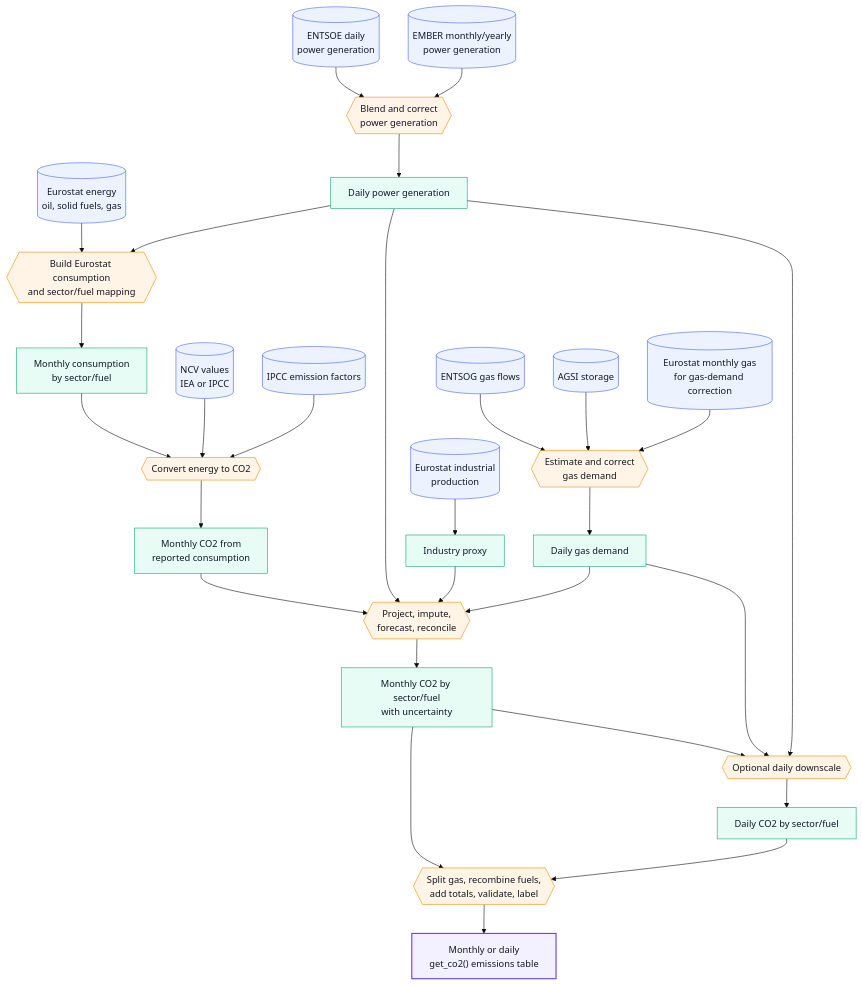
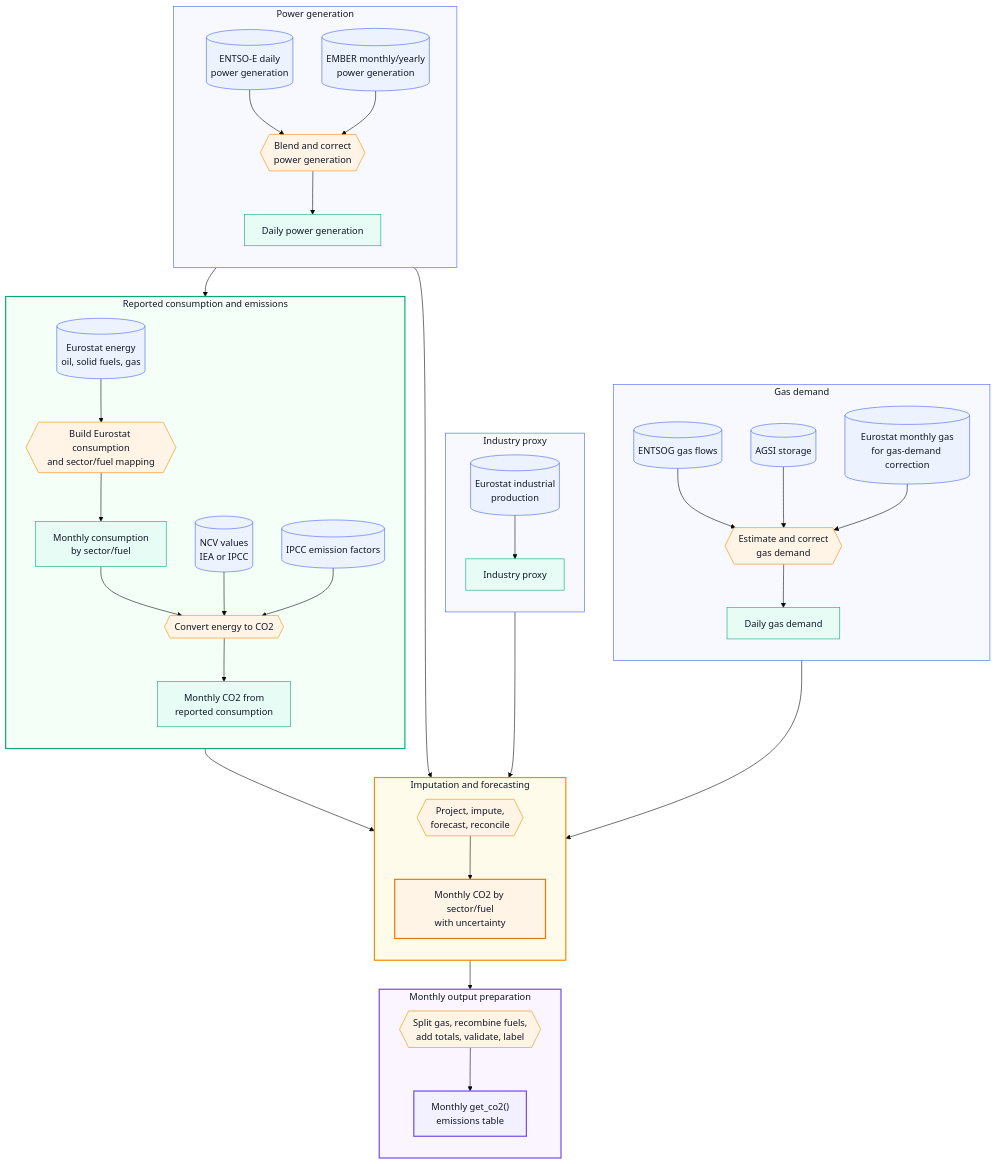
One commit to energyandcleanair/creaco2tracker changed the first of 2 diagrams in README.md. Above: the diagram before and after it, drawn with Mermaid (base theme). The commit also changed other lines of this file, not shown here.

Commit message:
Simplify diagrams

````diff
--- a/README.md
+++ b/README.md
@@ -39,45 +41,103 @@
   classDef input fill:#edf2ff,stroke:#4263eb,stroke-width:1px,color:#111827
   classDef process fill:#fff4e6,stroke:#f08c00,stroke-width:1px,color:#111827
   classDef data fill:#e6fcf5,stroke:#0ca678,stroke-width:1px,color:#111827
+  classDef modelled fill:#fff4e6,stroke:#e67700,stroke-width:2px,color:#111827
   classDef output fill:#f3f0ff,stroke:#7048e8,stroke-width:2px,color:#111827
 
-  entsoe[(ENTSOE daily<br/>power generation)] --> blend_power{{Blend and correct<br/>power generation}}
-  ember[(EMBER monthly/yearly<br/>power generation)] --> blend_power
-  blend_power --> power_daily[Daily power generation]
+  subgraph power_stage["Power generation"]
+    direction TB
 
-  entsog[(ENTSOG gas flows)] --> estimate_gas{{Estimate and correct<br/>gas demand}}
-  agsi[(AGSI storage)] --> estimate_gas
-  eurostat_gas[(Eurostat monthly gas<br/>for gas-demand correction)] --> estimate_gas
-  estimate_gas --> gas_daily[Daily gas demand]
+    entsoe[(ENTSO-E daily<br/>power generation)]
+    ember[(EMBER monthly/yearly<br/>power generation)]
+    blend_power{{Blend and correct<br/>power generation}}
+    power_daily[Daily power generation]
 
-  indprod[(Eurostat industrial<br/>production)] --> industry_proxy[Industry proxy]
+    entsoe --> blend_power
+    ember --> blend_power
+    blend_power --> power_daily
+  end
 
-  eurostat_energy[(Eurostat energy<br/>oil, solid fuels, gas)] --> build_cons{{Build Eurostat consumption<br/>and sector/fuel mapping}}
-  power_daily --> build_cons
-  build_cons --> eurostat_cons[Monthly consumption<br/>by sector/fuel]
+  subgraph gas_stage["Gas demand"]
+    direction TB
 
-  eurostat_cons --> convert_co2{{Convert energy to CO2}}
-  ncv[(NCV values<br/>IEA or IPCC)] --> convert_co2
-  factors[(IPCC emission factors)] --> convert_co2
-  convert_co2 --> co2_unprojected[Monthly CO2 from<br/>reported consumption]
+    entsog[(ENTSOG gas flows)]
+    agsi[(AGSI storage)]
+    eurostat_gas[(Eurostat monthly gas<br/>for gas-demand correction)]
+    estimate_gas{{Estimate and correct<br/>gas demand}}
+    gas_daily[Daily gas demand]
 
-  co2_unprojected --> project{{Project, impute,<br/>forecast, reconcile}}
-  power_daily --> project
-  industry_proxy --> project
-  gas_daily --> project
-  project --> co2_monthly[Monthly CO2 by sector/fuel<br/>with uncertainty]
+    entsog --> estimate_gas
+    agsi --> estimate_gas
+    eurostat_gas --> estimate_gas
+    estimate_gas --> gas_daily
+  end
 
-  co2_monthly --> downscale{{Optional daily downscale}}
-  gas_daily --> downscale
-  power_daily --> downscale
-  downscale --> co2_daily[Daily CO2 by sector/fuel]
+  subgraph industry_stage["Industry proxy"]
+    direction TB
 
-  co2_monthly --> finalize{{Split gas, recombine fuels,<br/>add totals, validate, label}}
-  co2_daily --> finalize
-  finalize --> get_co2_output["Monthly or daily<br/>get_co2() emissions table"]
+    indprod[(Eurostat industrial<br/>production)]
+    industry_proxy[Industry proxy]
+
+    indprod --> industry_proxy
+  end
+
+  subgraph stable_stage["Reported consumption and emissions"]
+    direction TB
+
+    eurostat_energy[(Eurostat energy<br/>oil, solid fuels, gas)]
+    build_cons{{Build Eurostat consumption<br/>and sector/fuel mapping}}
+    eurostat_cons[Monthly consumption<br/>by sector/fuel]
+
+    ncv[(NCV values<br/>IEA or IPCC)]
+    factors[(IPCC emission factors)]
+    convert_co2{{Convert energy to CO2}}
+    co2_unprojected[Monthly CO2 from<br/>reported consumption]
+
+    eurostat_energy --> build_cons
+    build_cons --> eurostat_cons
+    eurostat_cons --> convert_co2
+    ncv --> convert_co2
+    factors --> convert_co2
+    convert_co2 --> co2_unprojected
+  end
+
+  subgraph model_stage["Imputation and forecasting"]
+    direction TB
+
+    project{{Project, impute,<br/>forecast, reconcile}}
+    co2_monthly[Monthly CO2 by sector/fuel<br/>with uncertainty]
+
+    project --> co2_monthly
+  end
+
+  subgraph final_stage["Monthly output preparation"]
+    direction TB
+
+    finalize{{Split gas, recombine fuels,<br/>add totals, validate, label}}
+    get_co2_output["Monthly get_co2()<br/>emissions table"]
+
+    finalize --> get_co2_output
+  end
+
+  power_stage --> stable_stage
+
+  stable_stage --> model_stage
+  power_stage --> model_stage
+  industry_stage --> model_stage
+  gas_stage --> model_stage
+
+  model_stage --> final_stage
 
   class eurostat_energy,eurostat_gas,entsoe,ember,entsog,agsi,indprod,ncv,factors input
-  class blend_power,estimate_gas,build_cons,convert_co2,project,downscale,finalize process
-  class power_daily,gas_daily,industry_proxy,eurostat_cons,co2_unprojected,co2_monthly,co2_daily data
+  class blend_power,estimate_gas,build_cons,convert_co2,project,finalize process
+  class power_daily,gas_daily,industry_proxy,eurostat_cons,co2_unprojected data
+  class co2_monthly modelled
   class get_co2_output output
+
+  style power_stage fill:#f8f9ff,stroke:#4263eb,stroke-width:1px,color:#111827
+  style gas_stage fill:#f8f9ff,stroke:#4263eb,stroke-width:1px,color:#111827
+  style industry_stage fill:#f8f9ff,stroke:#4263eb,stroke-width:1px,color:#111827
+  style stable_stage fill:#f4fff8,stroke:#0ca678,stroke-width:2px,color:#111827
+  style model_stage fill:#fffbea,stroke:#f08c00,stroke-width:2px,color:#111827
+  style final_stage fill:#faf5ff,stroke:#7048e8,stroke-width:2px,color:#111827
 ```
````
